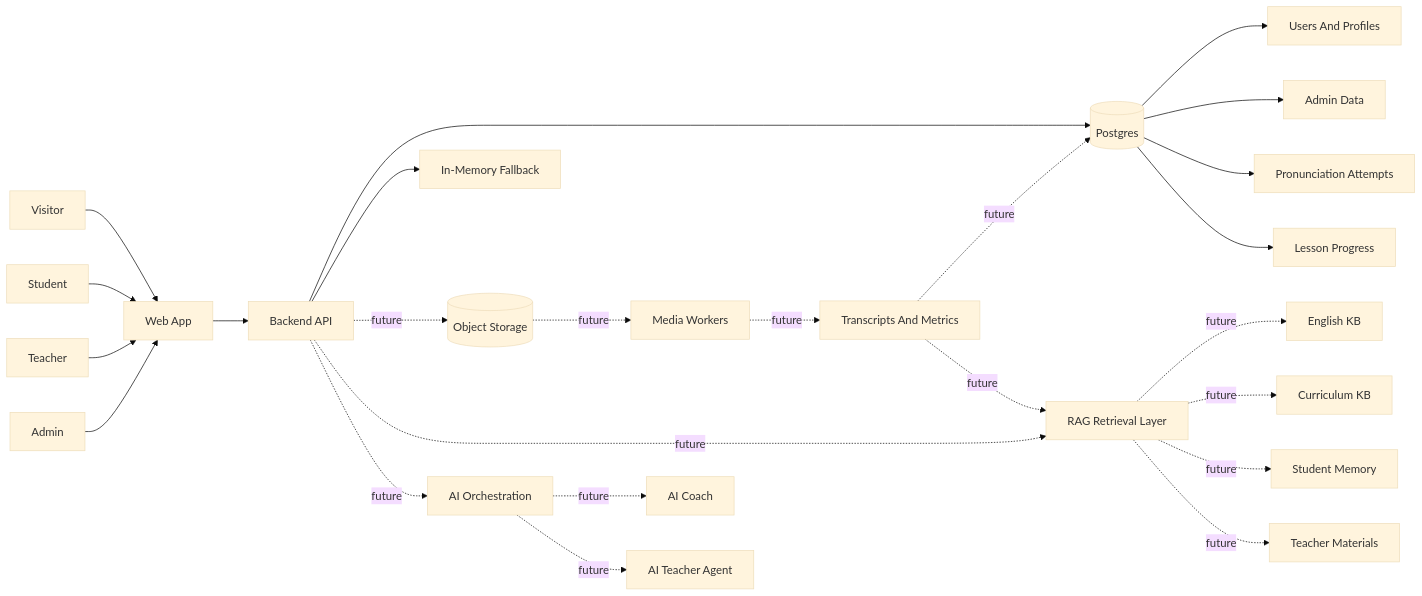
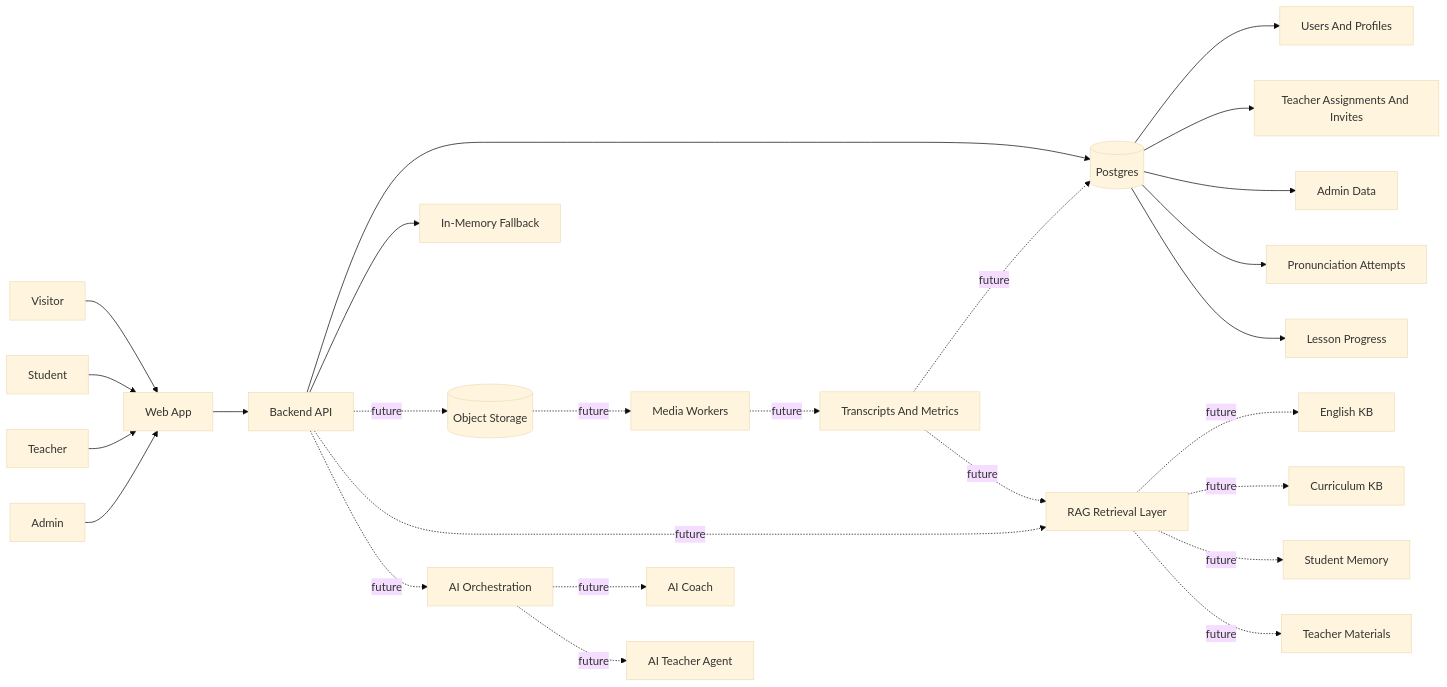
Before and after one commit to lvoliveiratec/english_app: the first of 8 diagrams in architecture/06-diagrams.md, drawn with Mermaid (base theme). The commit also changed other lines of this file and 32 other files, not shown here.

Commit message:
Add teacher assignments and invite flows

````diff
--- a/architecture/06-diagrams.md
+++ b/architecture/06-diagrams.md
@@ -7,32 +7,33 @@
 ```mermaid
 flowchart LR
   Visitor[Visitor] --> Web[Web App]
   Student[Student] --> Web
   Teacher[Teacher] --> Web
   Admin[Admin] --> Web
 
   Web --> API[Backend API]
   API --> DB[(Postgres)]
   API --> Memory[In-Memory Fallback]
   API -. future .-> Storage[(Object Storage)]
   API -. future .-> RAG[RAG Retrieval Layer]
   API -. future .-> AI[AI Orchestration]
 
   DB --> Users[Users And Profiles]
+  DB --> Assignments[Teacher Assignments And Invites]
   DB --> AdminData[Admin Data]
   DB --> Attempts[Pronunciation Attempts]
   DB --> Progress[Lesson Progress]
 
   Storage -. future .-> Workers[Media Workers]
   Workers -. future .-> Transcripts[Transcripts And Metrics]
   Transcripts -. future .-> DB
   Transcripts -. future .-> RAG
 
   RAG -. future .-> EnglishKB[English KB]
   RAG -. future .-> CurriculumKB[Curriculum KB]
   RAG -. future .-> StudentMemory[Student Memory]
   RAG -. future .-> TeacherMaterials[Teacher Materials]
 
   AI -. future .-> Coach[AI Coach]
   AI -. future .-> TeacherAgent[AI Teacher Agent]
 ```
````
